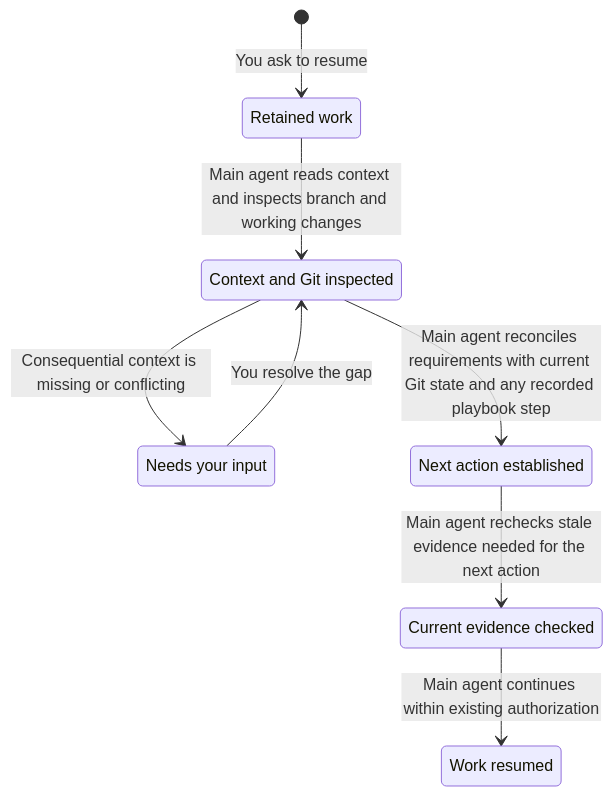
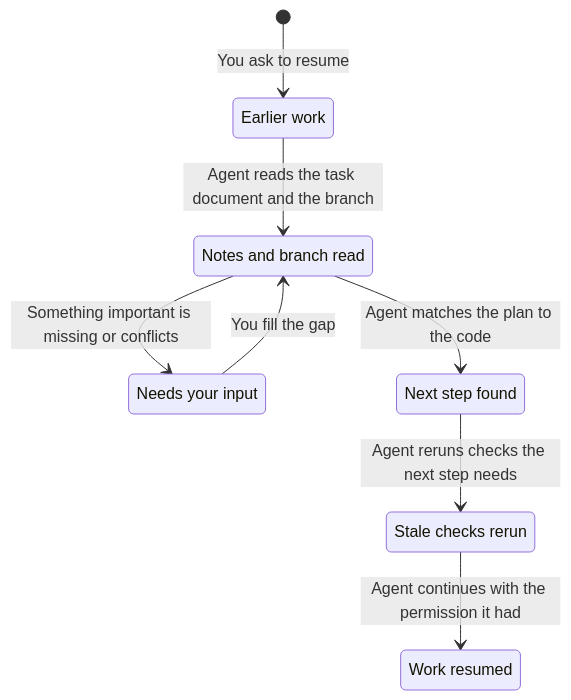
The fourth of 4 diagrams in docs/workflow.md (jvillegasd/harness), drawn with Mermaid before and after one commit. The commit also changed other lines of this file and 3 other files, not shown here.

First line of the commit message:
docs: shorten the Mermaid diagram labels (#182)

````diff
--- a/docs/workflow.md
+++ b/docs/workflow.md
@@ -291,17 +291,17 @@
 ```mermaid
 stateDiagram-v2
-    state "Retained work" as Retained
-    state "Context and Git inspected" as Inspected
+    state "Earlier work" as Retained
+    state "Notes and branch read" as Inspected
     state "Needs your input" as Waiting
-    state "Next action established" as Next
-    state "Current evidence checked" as Checked
+    state "Next step found" as Next
+    state "Stale checks rerun" as Checked
     state "Work resumed" as Resumed
 
     [*] --> Retained: You ask to resume
-    Retained --> Inspected: Main agent reads context and inspects branch and working changes
-    Inspected --> Waiting: Consequential context is missing or conflicting
-    Waiting --> Inspected: You resolve the gap
-    Inspected --> Next: Main agent reconciles requirements with current Git state and any recorded playbook step
-    Next --> Checked: Main agent rechecks stale evidence needed for the next action
-    Checked --> Resumed: Main agent continues within existing authorization
+    Retained --> Inspected: Agent reads the task document and the branch
+    Inspected --> Waiting: Something important is missing or conflicts
+    Waiting --> Inspected: You fill the gap
+    Inspected --> Next: Agent matches the plan to the code
+    Next --> Checked: Agent reruns checks the next step needs
+    Checked --> Resumed: Agent continues with the permission it had
 ```
````
